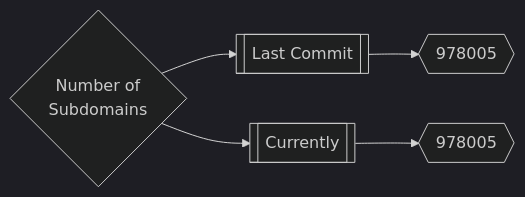
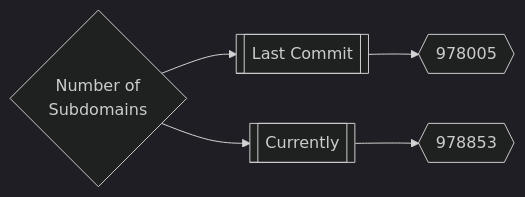
One commit to trickest/inventory changed the first of 3 diagrams in README.md. Above: the diagram before and after it, drawn with Mermaid (dark theme). The commit also changed other lines of this file, not shown here.

````diff
--- a/README.md
+++ b/README.md
@@ -167,5 +167,5 @@
 ```mermaid
 graph LR
 title{Number of<br>Subdomains} --> subdomainsDate1[[Last Commit]] --> subdomainsNum1{{978005}}
-title --> subdomainsDate2[[Currently]] --> subdomainsNum2{{978005}}
+title --> subdomainsDate2[[Currently]] --> subdomainsNum2{{978853}}
 ```
````
